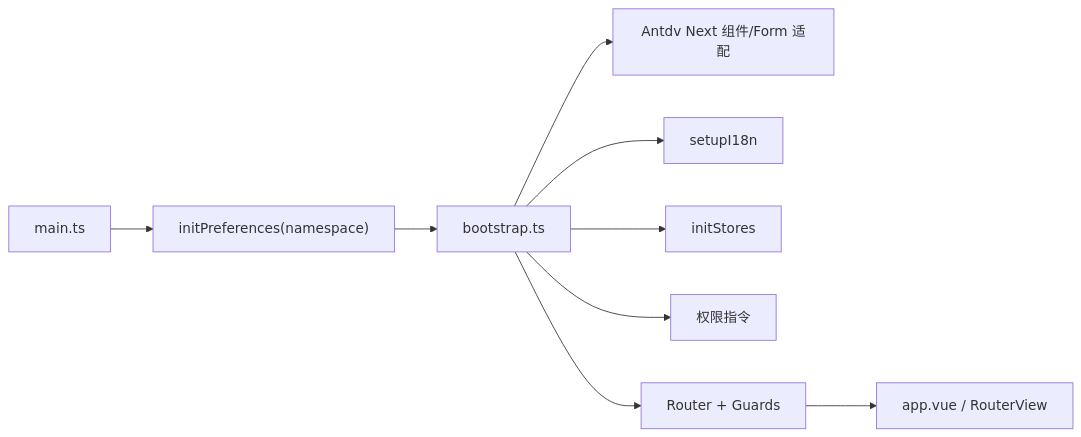
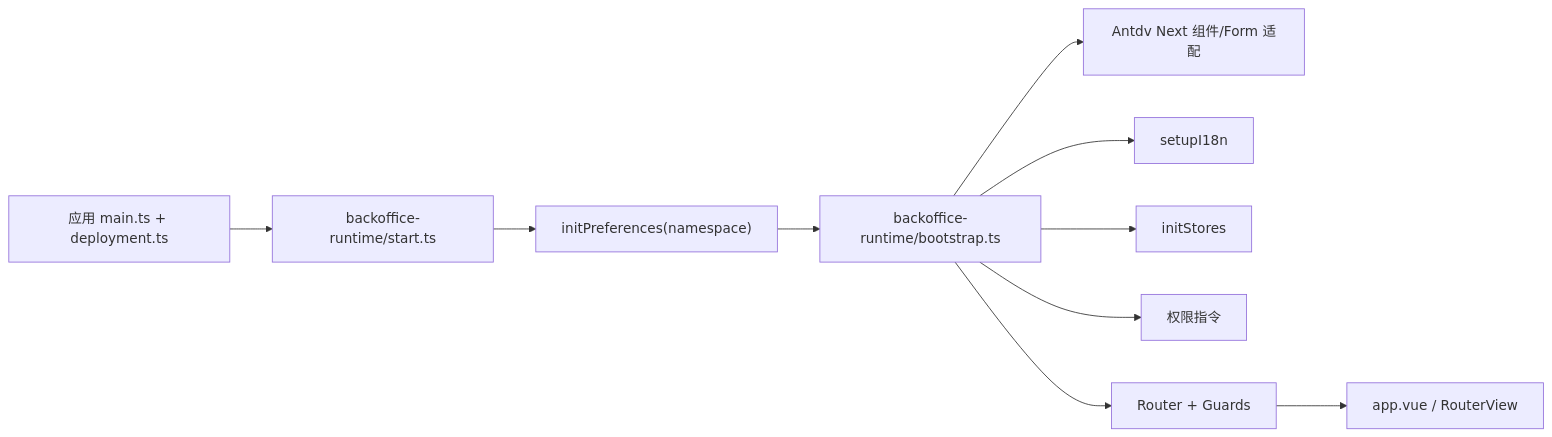
One commit to NIV49/payment-web-platform changed the diagram in docs/ai-context/vben/README.md. Above: the diagram before and after it, drawn with Mermaid. The commit also changed other lines of this file and 232 other files, not shown here.

````diff
--- a/docs/ai-context/vben/README.md
+++ b/docs/ai-context/vben/README.md
@@ -82,11 +83,12 @@
 ```mermaid
 flowchart LR
-  MAIN["main.ts"] --> PREF["initPreferences(namespace)"]
-  PREF --> BOOT["bootstrap.ts"]
+  MAIN["应用 main.ts + deployment.ts"] --> START["backoffice-runtime/start.ts"]
+  START --> PREF["initPreferences(namespace)"]
+  PREF --> BOOT["backoffice-runtime/bootstrap.ts"]
   BOOT --> ADAPTER["Antdv Next 组件/Form 适配"]
   BOOT --> I18N["setupI18n"]
   BOOT --> PINIA["initStores"]
   BOOT --> ACCESS["权限指令"]
   BOOT --> ROUTER["Router + Guards"]
   ROUTER --> APP["app.vue / RouterView"]
 ```
````
